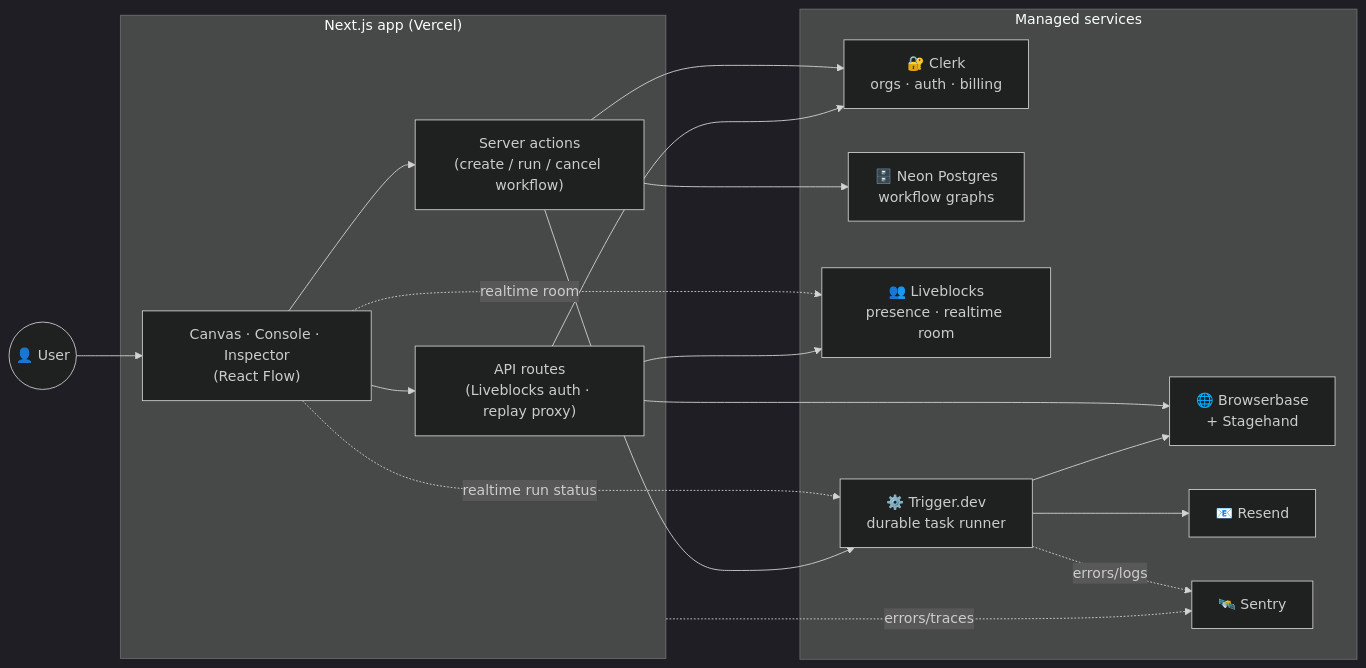
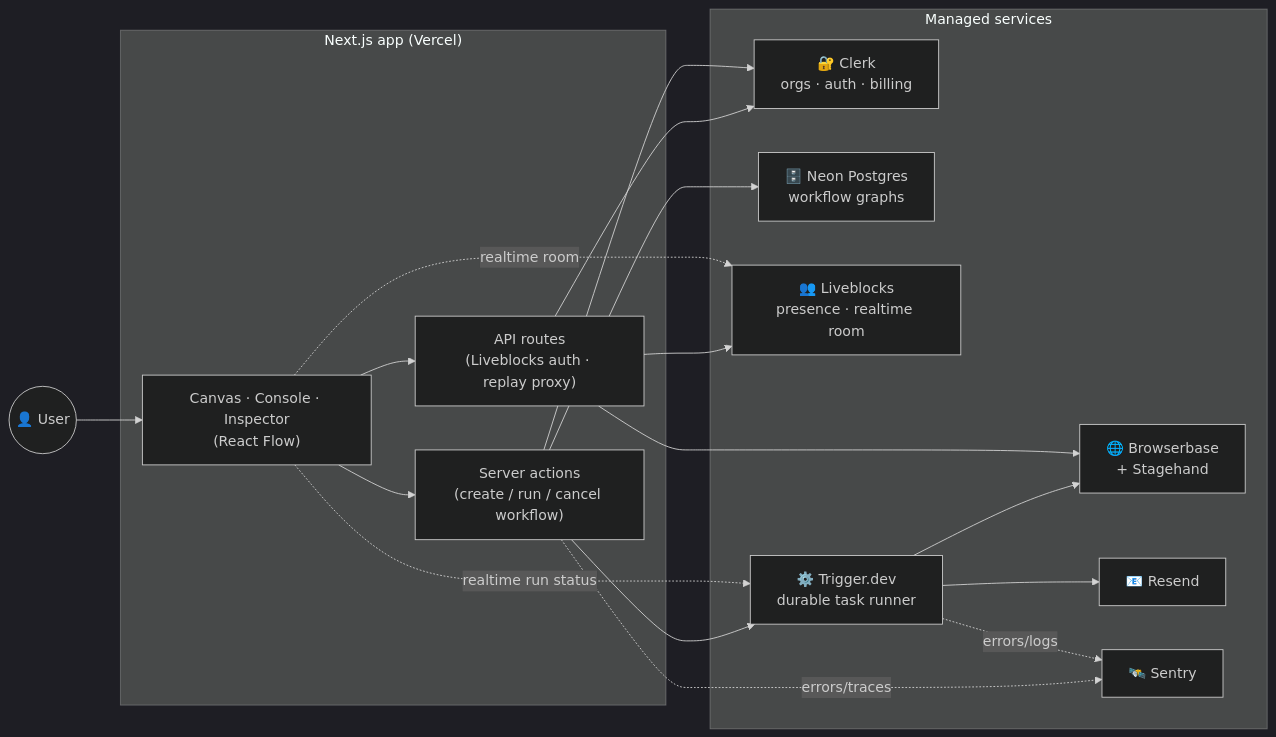
The diagram in README.md (RISHII7/Flowbrowse), drawn with Mermaid (dark theme) before and after one commit. The commit also changed other lines of this file and 4 other files, not shown here.

First line of the commit message:
feat: add the Flowbrowse logo, fix mermaid diagrams, set repo metadata

````diff
--- a/README.md
+++ b/README.md
@@ -53,38 +55,38 @@
 ```mermaid
 flowchart LR
     User(("👤 User"))
 
     subgraph Vercel["Next.js app (Vercel)"]
         UI["Canvas · Console · Inspector\n(React Flow)"]
         Actions["Server actions\n(create / run / cancel workflow)"]
         API["API routes\n(Liveblocks auth · replay proxy)"]
     end
 
     subgraph External["Managed services"]
         Clerk["🔐 Clerk\norgs · auth · billing"]
         Neon["🗄️ Neon Postgres\nworkflow graphs"]
         Liveblocks["👥 Liveblocks\npresence · realtime room"]
         Trigger["⚙️ Trigger.dev\ndurable task runner"]
         Browserbase["🌐 Browserbase\n+ Stagehand"]
         Resend["📧 Resend"]
         Sentry["🛰️ Sentry"]
     end
 
     User --> UI
     UI --> Actions
     UI --> API
     UI -. realtime room .-> Liveblocks
     UI -. realtime run status .-> Trigger
 
     Actions --> Clerk
     Actions --> Neon
     Actions --> Trigger
     API --> Clerk
     API --> Liveblocks
     API --> Browserbase
 
     Trigger --> Browserbase
     Trigger --> Resend
     Trigger -. errors/logs .-> Sentry
-    Vercel -. errors/traces .-> Sentry
+    Actions -. errors/traces .-> Sentry
 ```
````
